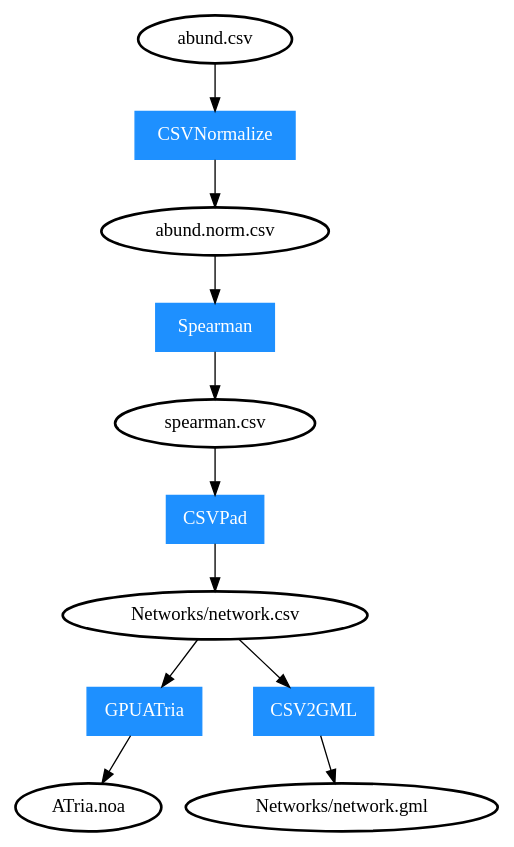
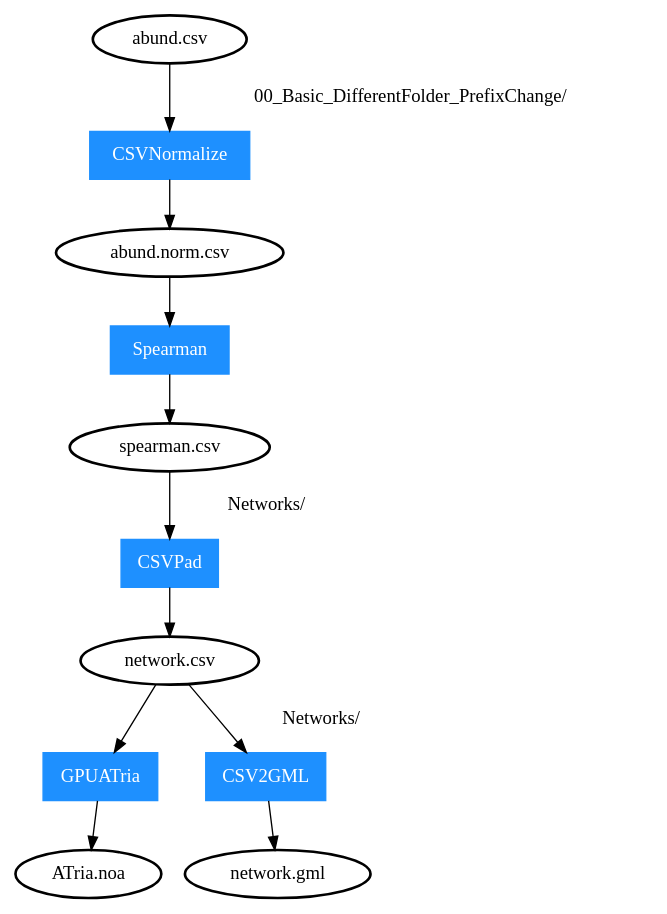
The diagram in 00_Basic_DifferentFolder_PrefixChange/expected.dot (movingpictures83/PipeViz), drawn with Graphviz before and after one commit. The commit also changed 2 other files, not shown here.

Commit message:
Update expected for Basic tests

```diff
--- a/00_Basic_DifferentFolder_PrefixChange/expected.dot
+++ b/00_Basic_DifferentFolder_PrefixChange/expected.dot
@@ -1,13 +1,28 @@
 digraph G {
 	node [style=bold];
-	"abund.csv"->"0"->"abund.norm.csv";
-	"abund.norm.csv"->"1"->"spearman.csv";
-	"spearman.csv"->"2"->"Networks/network.csv";
-	"Networks/network.csv"->"3"->"ATria.noa";
-	"Networks/network.csv"->"4"->"Networks/network.gml";
+	"00_Basic_DifferentFolder_PrefixChange/abund.csv"->"0" [label = "	00_Basic_DifferentFolder_PrefixChange/	"];
+	"0"->"00_Basic_DifferentFolder_PrefixChange/abund.norm.csv";
+	"00_Basic_DifferentFolder_PrefixChange/abund.csv" [label = "abund.csv"];
+	"00_Basic_DifferentFolder_PrefixChange/abund.norm.csv" [label = "abund.norm.csv"];
+	"00_Basic_DifferentFolder_PrefixChange/abund.norm.csv"->"1";
+	"1"->"00_Basic_DifferentFolder_PrefixChange/spearman.csv";
+	"00_Basic_DifferentFolder_PrefixChange/abund.norm.csv" [label = "abund.norm.csv"];
+	"00_Basic_DifferentFolder_PrefixChange/spearman.csv" [label = "spearman.csv"];
+	"00_Basic_DifferentFolder_PrefixChange/spearman.csv"->"2" [label = "	Networks/	"];
+	"2"->"00_Basic_DifferentFolder_PrefixChange/Networks/network.csv";
+	"00_Basic_DifferentFolder_PrefixChange/spearman.csv" [label = "spearman.csv"];
+	"00_Basic_DifferentFolder_PrefixChange/Networks/network.csv" [label = "network.csv"];
+	"00_Basic_DifferentFolder_PrefixChange/Networks/network.csv"->"3";
+	"3"->"00_Basic_DifferentFolder_PrefixChange/ATria.noa";
+	"00_Basic_DifferentFolder_PrefixChange/Networks/network.csv" [label = "network.csv"];
+	"00_Basic_DifferentFolder_PrefixChange/ATria.noa" [label = "ATria.noa"];
+	"00_Basic_DifferentFolder_PrefixChange/Networks/network.csv"->"4" [label = "	Networks/	"];
+	"4"->"00_Basic_DifferentFolder_PrefixChange/Networks/network.gml";
+	"00_Basic_DifferentFolder_PrefixChange/Networks/network.csv" [label = "network.csv"];
+	"00_Basic_DifferentFolder_PrefixChange/Networks/network.gml" [label = "network.gml"];
 	"0" [label="CSVNormalize", shape=box, color=dodgerblue1, fontcolor=white, style=filled];
 	"1" [label="Spearman", shape=box, color=dodgerblue1, fontcolor=white, style=filled];
 	"2" [label="CSVPad", shape=box, color=dodgerblue1, fontcolor=white, style=filled];
 	"3" [label="GPUATria", shape=box, color=dodgerblue1, fontcolor=white, style=filled];
 	"4" [label="CSV2GML", shape=box, color=dodgerblue1, fontcolor=white, style=filled];
 }
```
